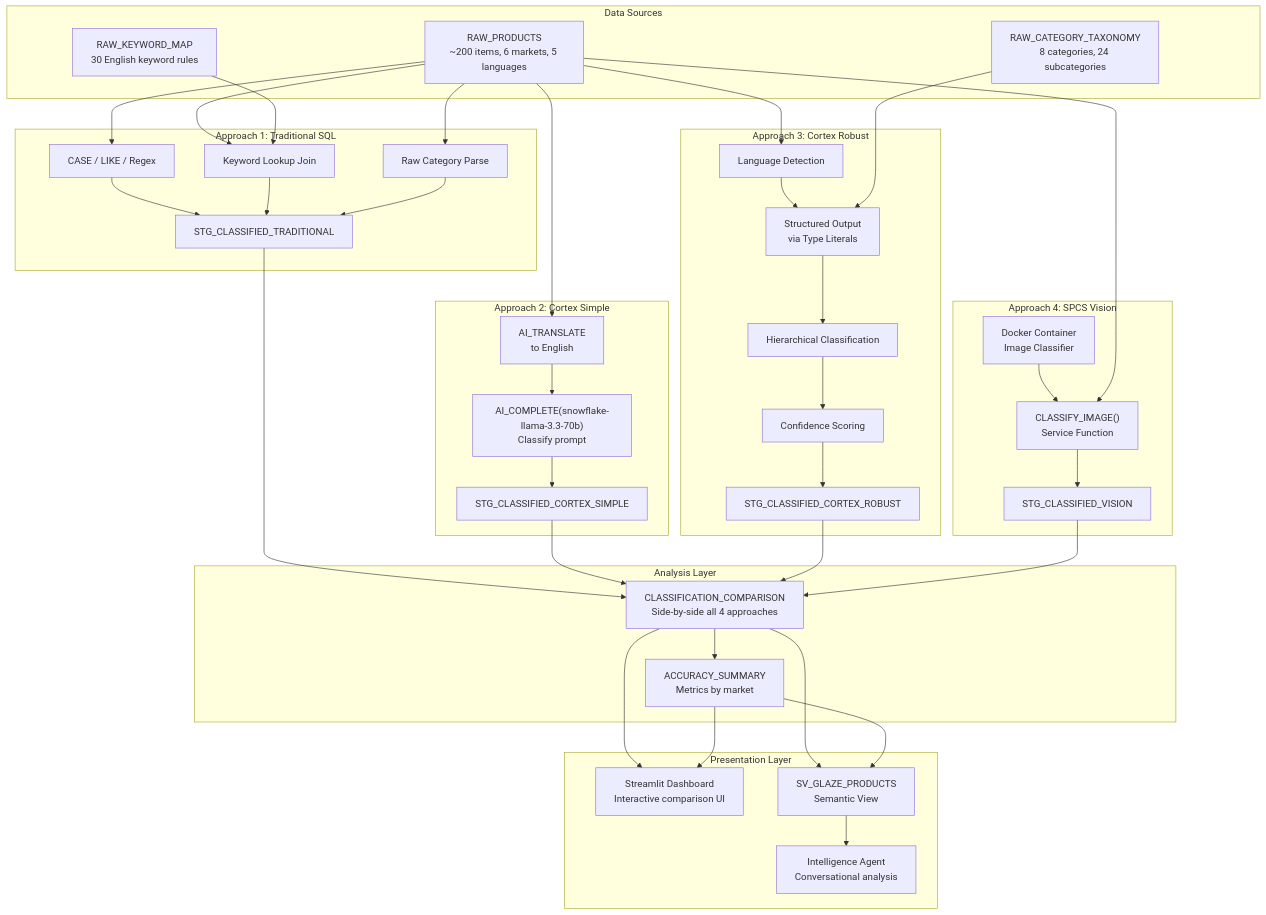
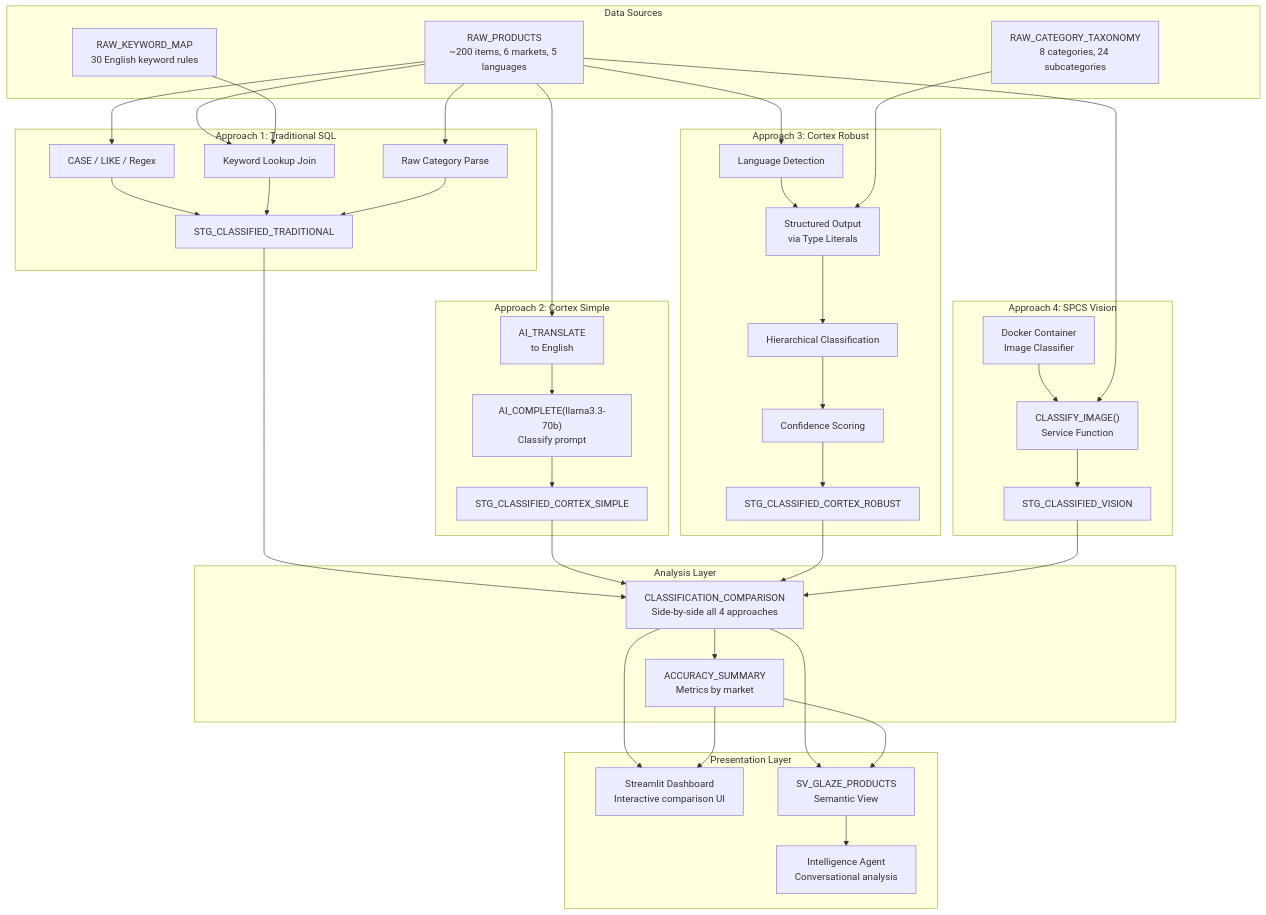
The diagram in demo-cortex-product-classification/diagrams/data-flow.md (sfc-gh-miwhitaker/sfe-public), drawn with Mermaid before and after one commit. The commit also changed 7 other files, not shown here.

Commit message:
refactor: update model name from snowflake-llama-3.3-70b to llama3.3-70b

````diff
--- a/demo-cortex-product-classification/diagrams/data-flow.md
+++ b/demo-cortex-product-classification/diagrams/data-flow.md
@@ -3,72 +3,72 @@
 ```mermaid
 flowchart TB
     subgraph sources [Data Sources]
         Products[RAW_PRODUCTS<br/>~200 items, 6 markets, 5 languages]
         Taxonomy[RAW_CATEGORY_TAXONOMY<br/>8 categories, 24 subcategories]
         Keywords[RAW_KEYWORD_MAP<br/>30 English keyword rules]
     end
 
     subgraph approach1 [Approach 1: Traditional SQL]
         CaseLike[CASE / LIKE / Regex]
         KeywordJoin[Keyword Lookup Join]
         RawParse[Raw Category Parse]
         CaseLike --> TradResult[STG_CLASSIFIED_TRADITIONAL]
         KeywordJoin --> TradResult
         RawParse --> TradResult
     end
 
     subgraph approach2 [Approach 2: Cortex Simple]
         Translate["AI_TRANSLATE<br/>to English"]
-        SingleCall["AI_COMPLETE(snowflake-llama-3.3-70b)<br/>Classify prompt"]
+        SingleCall["AI_COMPLETE(llama3.3-70b)<br/>Classify prompt"]
         Translate --> SingleCall
         SingleCall --> SimpleResult[STG_CLASSIFIED_CORTEX_SIMPLE]
     end
 
     subgraph approach3 [Approach 3: Cortex Robust]
         LangDetect[Language Detection]
         StructOutput[Structured Output<br/>via Type Literals]
         HierClass[Hierarchical Classification]
         Confidence[Confidence Scoring]
         LangDetect --> StructOutput --> HierClass --> Confidence
         Confidence --> RobustResult[STG_CLASSIFIED_CORTEX_ROBUST]
     end
 
     subgraph approach4 [Approach 4: SPCS Vision]
         Container[Docker Container<br/>Image Classifier]
         ServiceFn["CLASSIFY_IMAGE()<br/>Service Function"]
         Container --> ServiceFn
         ServiceFn --> VisionResult[STG_CLASSIFIED_VISION]
     end
 
     Products --> CaseLike
     Products --> KeywordJoin
     Products --> RawParse
     Keywords --> KeywordJoin
     Products --> Translate
     Products --> LangDetect
     Taxonomy --> StructOutput
     Products --> ServiceFn
 
     subgraph analysis [Analysis Layer]
         CompView[CLASSIFICATION_COMPARISON<br/>Side-by-side all 4 approaches]
         AccView[ACCURACY_SUMMARY<br/>Metrics by market]
     end
 
     TradResult --> CompView
     SimpleResult --> CompView
     RobustResult --> CompView
     VisionResult --> CompView
     CompView --> AccView
 
     subgraph presentation [Presentation Layer]
         Dashboard[Streamlit Dashboard<br/>Interactive comparison UI]
         Agent[Intelligence Agent<br/>Conversational analysis]
         SemView[SV_GLAZE_PRODUCTS<br/>Semantic View]
     end
 
     CompView --> Dashboard
     AccView --> Dashboard
     CompView --> SemView
     AccView --> SemView
     SemView --> Agent
 ```
````
